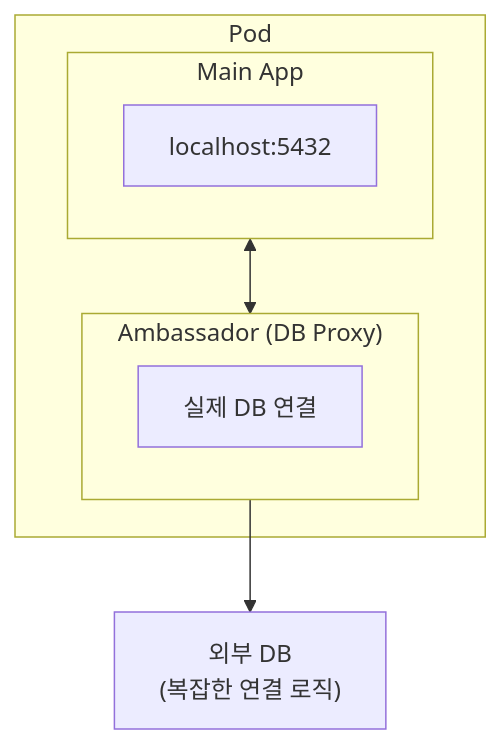
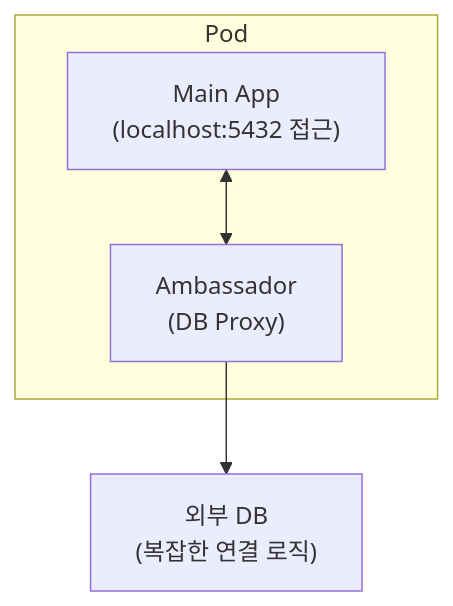
The fourth of 7 diagrams in _posts/2025-12-26-kubernetes-05-pod.md (K-Diger/k-diger.github.io), drawn with Mermaid before and after one commit. The commit also changed other lines of this file and 13 other files, not shown here.

````diff
--- a/_posts/2025-12-26-kubernetes-05-pod.md
+++ b/_posts/2025-12-26-kubernetes-05-pod.md
@@ -213,14 +203,11 @@
 ```mermaid
 flowchart TB
     subgraph pod["Pod"]
-        subgraph main["Main App"]
-            mainContent["localhost:5432"]
-        end
-        subgraph ambassador["Ambassador (DB Proxy)"]
-            ambContent["실제 DB 연결"]
-        end
+        main["Main App<br/>(localhost:5432 접근)"]
+        ambassador["Ambassador<br/>(DB Proxy)"]
         main <--> ambassador
     end
+
     db["외부 DB<br/>(복잡한 연결 로직)"]
     ambassador --> db
 ```
````
